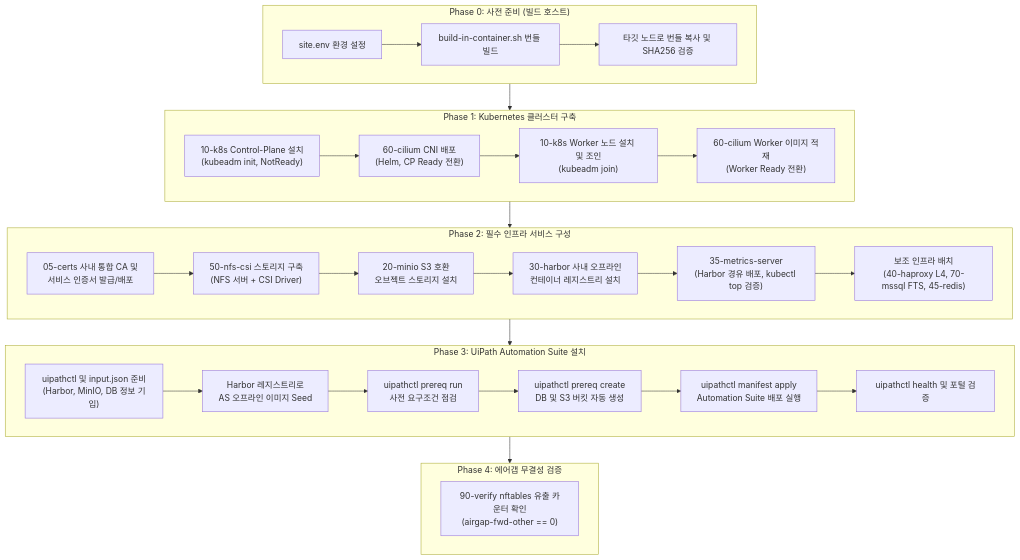
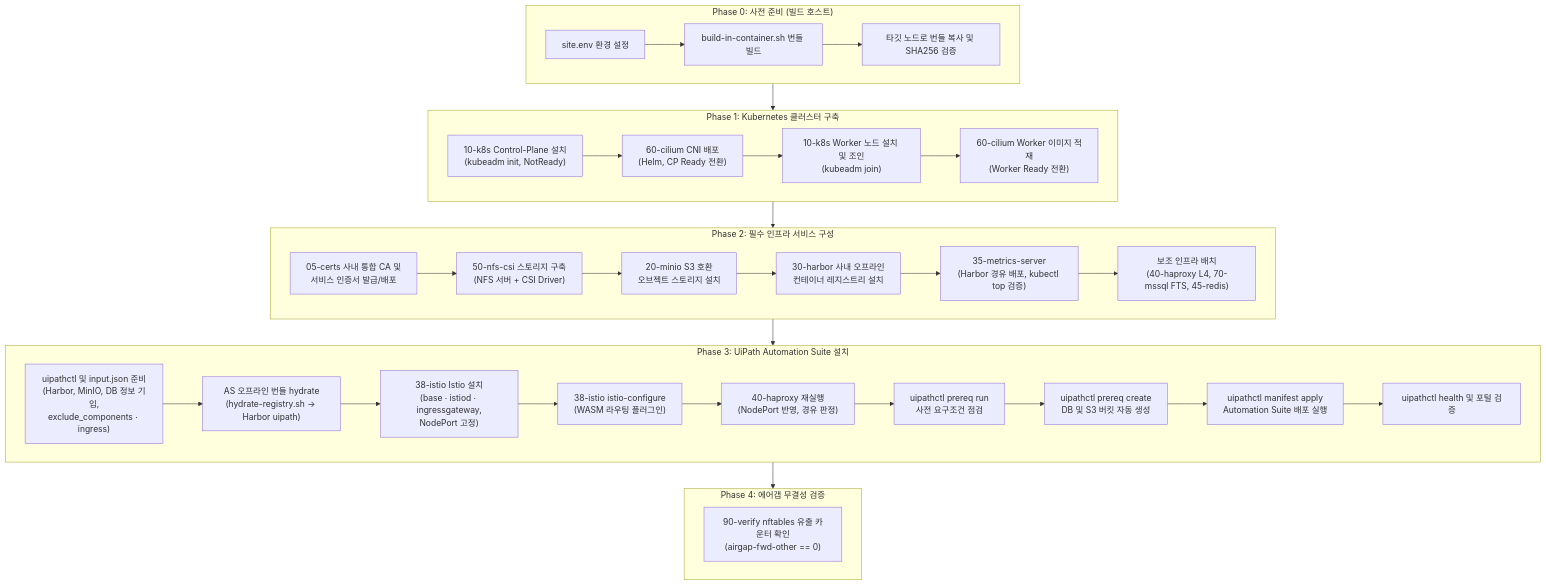
The diagram in offline-install/README.md (javaos74/vanilla-k8s-as-install), drawn with Mermaid before and after one commit. The commit also changed other lines of this file, not shown here.

First line of the commit message:
docs(offline-install): rewrite Phase 3 for AS hydrate and Istio (38-istio)

````diff
--- a/offline-install/README.md
+++ b/offline-install/README.md
@@ -15,38 +15,41 @@
 ```mermaid
 flowchart TD
     subgraph Phase0["Phase 0: 사전 준비 (빌드 호스트)"]
         P0_1["site.env 환경 설정"] --> P0_2["build-in-container.sh 번들 빌드"]
         P0_2 --> P0_3["타깃 노드로 번들 복사 및 SHA256 검증"]
     end
 
     subgraph Phase1["Phase 1: Kubernetes 클러스터 구축"]
         K1["10-k8s Control-Plane 설치\n(kubeadm init, NotReady)"] --> K2["60-cilium CNI 배포\n(Helm, CP Ready 전환)"]
         K2 --> K3["10-k8s Worker 노드 설치 및 조인\n(kubeadm join)"]
         K3 --> K4["60-cilium Worker 이미지 적재\n(Worker Ready 전환)"]
     end
 
     subgraph Phase2["Phase 2: 필수 인프라 서비스 구성"]
         I1["05-certs 사내 통합 CA 및\n서비스 인증서 발급/배포"] --> I2["50-nfs-csi 스토리지 구축\n(NFS 서버 + CSI Driver)"]
         I2 --> I3["20-minio S3 호환\n오브젝트 스토리지 설치"]
         I3 --> I4["30-harbor 사내 오프라인\n컨테이너 레지스트리 설치"]
         I4 --> I4b["35-metrics-server\n(Harbor 경유 배포, kubectl top 검증)"]
         I4b --> I5["보조 인프라 배치\n(40-haproxy L4, 70-mssql FTS, 45-redis)"]
     end
 
     subgraph Phase3["Phase 3: UiPath Automation Suite 설치"]
-        AS1["uipathctl 및 input.json 준비\n(Harbor, MinIO, DB 정보 기입)"] --> AS2["Harbor 레지스트리로\nAS 오프라인 이미지 Seed"]
-        AS2 --> AS3["uipathctl prereq run\n사전 요구조건 점검"]
+        AS1["uipathctl 및 input.json 준비\n(Harbor, MinIO, DB 정보 기입,\nexclude_components · ingress)"] --> AS2["AS 오프라인 번들 hydrate\n(hydrate-registry.sh → Harbor uipath)"]
+        AS2 --> IS1["38-istio Istio 설치\n(base · istiod · ingressgateway,\nNodePort 고정)"]
+        IS1 --> IS2["38-istio istio-configure\n(WASM 라우팅 플러그인)"]
+        IS2 --> IS3["40-haproxy 재실행\n(NodePort 반영, 경유 판정)"]
+        IS3 --> AS3["uipathctl prereq run\n사전 요구조건 점검"]
         AS3 --> AS4["uipathctl prereq create\nDB 및 S3 버킷 자동 생성"]
         AS4 --> AS5["uipathctl manifest apply\nAutomation Suite 배포 실행"]
         AS5 --> AS6["uipathctl health 및 포털 검증"]
     end
 
     subgraph Phase4["Phase 4: 에어갭 무결성 검증"]
         V1["90-verify nftables 유출 카운터 확인\n(airgap-fwd-other == 0)"]
     end
 
     Phase0 --> Phase1
     Phase1 --> Phase2
     Phase2 --> Phase3
     Phase3 --> Phase4
 ```
````
